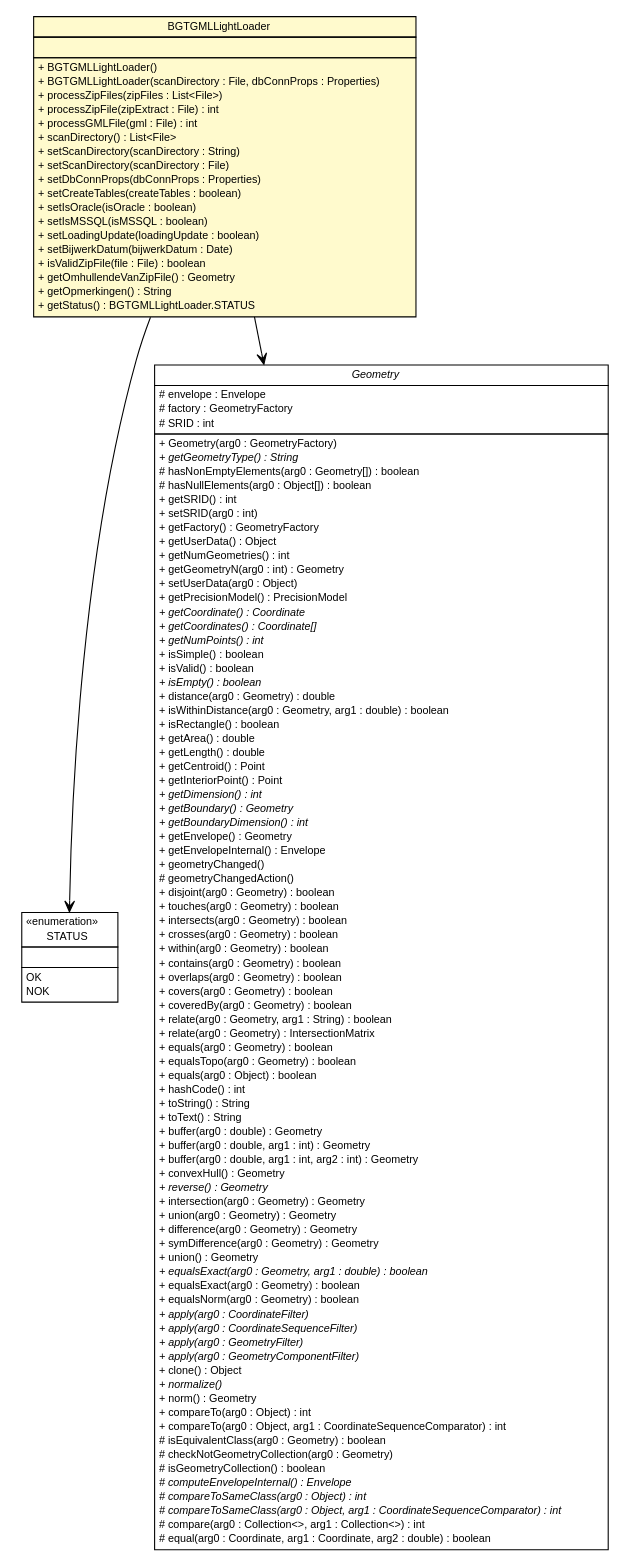
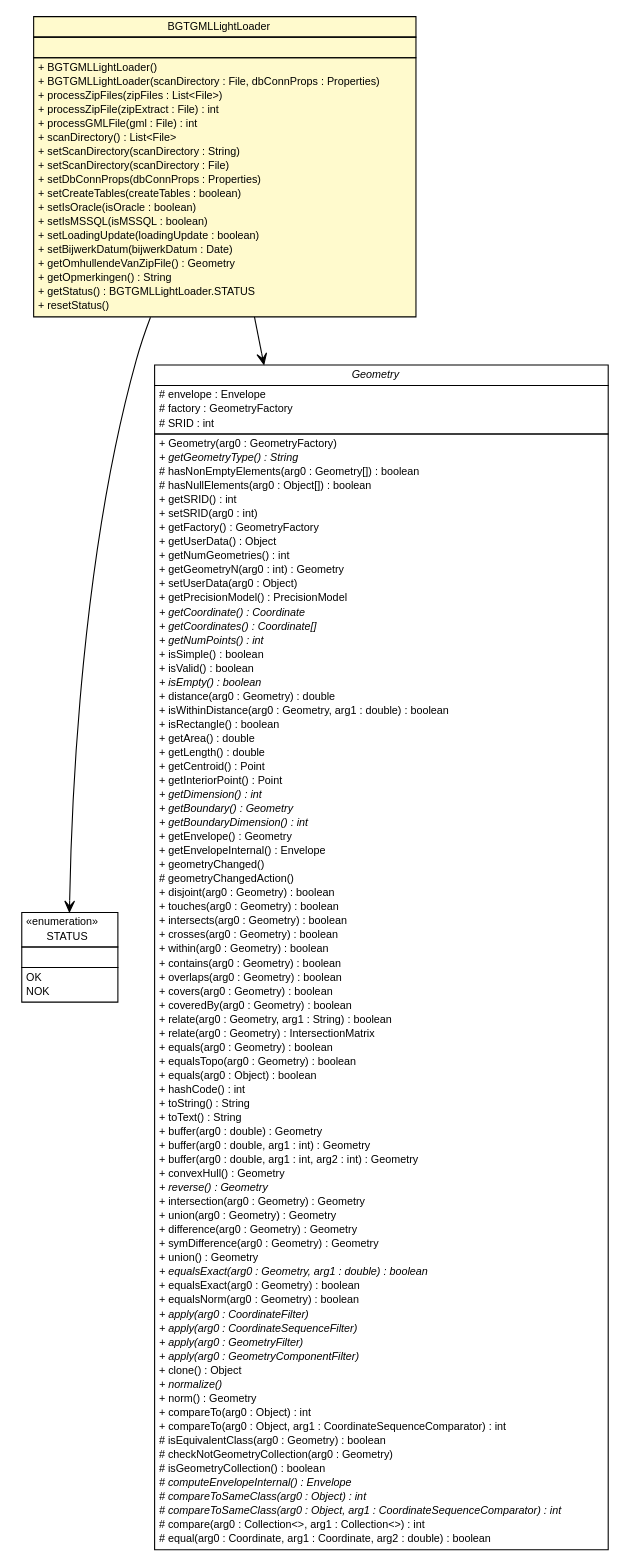
Before and after one commit to B3Partners/brmo: the diagram in bgt-gml-loader/apidocs/nl/b3p/brmo/loader/gml/BGTGMLLightLoader.dot, drawn with Graphviz. The commit also changed 277 other files, not shown here.

```diff
--- a/bgt-gml-loader/apidocs/nl/b3p/brmo/loader/gml/BGTGMLLightLoader.dot
+++ b/bgt-gml-loader/apidocs/nl/b3p/brmo/loader/gml/BGTGMLLightLoader.dot
@@ -1,151 +1,151 @@
 #!/usr/local/bin/dot
 #
 # Class diagram 
 # Generated by UMLGraph version R5_6-24-gf6e263 (http://www.umlgraph.org/)
 #
 
 digraph G {
 	edge [fontname="Helvetica",fontsize=10,labelfontname="Helvetica",labelfontsize=10];
 	node [fontname="Helvetica",fontsize=10,shape=plaintext];
 	nodesep=0.25;
 	ranksep=0.5;
 	// nl.b3p.brmo.loader.gml.BGTGMLLightLoader
-	c177 [label=<<table title="nl.b3p.brmo.loader.gml.BGTGMLLightLoader" border="0" cellborder="1" cellspacing="0" cellpadding="2" port="p" bgcolor="lemonChiffon" href="./BGTGMLLightLoader.html">
+	c127 [label=<<table title="nl.b3p.brmo.loader.gml.BGTGMLLightLoader" border="0" cellborder="1" cellspacing="0" cellpadding="2" port="p" bgcolor="lemonChiffon" href="./BGTGMLLightLoader.html">
 		<tr><td><table border="0" cellspacing="0" cellpadding="1">
 <tr><td align="center" balign="center"> BGTGMLLightLoader </td></tr>
 		</table></td></tr>
 		<tr><td><table border="0" cellspacing="0" cellpadding="1">
 <tr><td align="left" balign="left">  </td></tr>
 		</table></td></tr>
 		<tr><td><table border="0" cellspacing="0" cellpadding="1">
 <tr><td align="left" balign="left"> + BGTGMLLightLoader() </td></tr>
 <tr><td align="left" balign="left"> + BGTGMLLightLoader(scanDirectory : File, dbConnProps : Properties) </td></tr>
 <tr><td align="left" balign="left"> + processZipFiles(zipFiles : List&lt;File&gt;) </td></tr>
 <tr><td align="left" balign="left"> + processZipFile(zipExtract : File) : int </td></tr>
 <tr><td align="left" balign="left"> + processGMLFile(gml : File) : int </td></tr>
 <tr><td align="left" balign="left"> + scanDirectory() : List&lt;File&gt; </td></tr>
 <tr><td align="left" balign="left"> + setScanDirectory(scanDirectory : String) </td></tr>
 <tr><td align="left" balign="left"> + setScanDirectory(scanDirectory : File) </td></tr>
 <tr><td align="left" balign="left"> + setDbConnProps(dbConnProps : Properties) </td></tr>
 <tr><td align="left" balign="left"> + setCreateTables(createTables : boolean) </td></tr>
 <tr><td align="left" balign="left"> + setIsOracle(isOracle : boolean) </td></tr>
 <tr><td align="left" balign="left"> + setIsMSSQL(isMSSQL : boolean) </td></tr>
 <tr><td align="left" balign="left"> + setLoadingUpdate(loadingUpdate : boolean) </td></tr>
 <tr><td align="left" balign="left"> + setBijwerkDatum(bijwerkDatum : Date) </td></tr>
-<tr><td align="left" balign="left"> + isValidZipFile(file : File) : boolean </td></tr>
 <tr><td align="left" balign="left"> + getOmhullendeVanZipFile() : Geometry </td></tr>
 <tr><td align="left" balign="left"> + getOpmerkingen() : String </td></tr>
 <tr><td align="left" balign="left"> + getStatus() : BGTGMLLightLoader.STATUS </td></tr>
+<tr><td align="left" balign="left"> + resetStatus() </td></tr>
 		</table></td></tr>
 		</table>>, URL="./BGTGMLLightLoader.html", fontname="Helvetica", fontcolor="black", fontsize=10.0];
 	// nl.b3p.brmo.loader.gml.BGTGMLLightLoader.STATUS
-	c178 [label=<<table title="nl.b3p.brmo.loader.gml.BGTGMLLightLoader.STATUS" border="0" cellborder="1" cellspacing="0" cellpadding="2" port="p" href="./BGTGMLLightLoader.STATUS.html">
+	c128 [label=<<table title="nl.b3p.brmo.loader.gml.BGTGMLLightLoader.STATUS" border="0" cellborder="1" cellspacing="0" cellpadding="2" port="p" href="./BGTGMLLightLoader.STATUS.html">
 		<tr><td><table border="0" cellspacing="0" cellpadding="1">
 <tr><td align="center" balign="center"> &#171;enumeration&#187; </td></tr>
 <tr><td align="center" balign="center"> STATUS </td></tr>
 		</table></td></tr>
 		<tr><td><table border="0" cellspacing="0" cellpadding="1">
 <tr><td align="left" balign="left">  </td></tr>
 		</table></td></tr>
 		<tr><td><table border="0" cellspacing="0" cellpadding="1">
 <tr><td align="left" balign="left"> OK </td></tr>
 <tr><td align="left" balign="left"> NOK </td></tr>
 		</table></td></tr>
 		</table>>, URL="./BGTGMLLightLoader.STATUS.html", fontname="Helvetica", fontcolor="black", fontsize=10.0];
 	// nl.b3p.brmo.loader.gml.BGTGMLLightLoader NAVASSOC com.vividsolutions.jts.geom.Geometry
-	c177:p -> c257:p [taillabel="", label="", headlabel="", fontname="Helvetica", fontcolor="black", fontsize=10.0, color="black", arrowhead=open];
+	c127:p -> c212:p [taillabel="", label="", headlabel="", fontname="Helvetica", fontcolor="black", fontsize=10.0, color="black", arrowhead=open];
 	// nl.b3p.brmo.loader.gml.BGTGMLLightLoader NAVASSOC nl.b3p.brmo.loader.gml.BGTGMLLightLoader.STATUS
-	c177:p -> c178:p [taillabel="", label="", headlabel="", fontname="Helvetica", fontcolor="black", fontsize=10.0, color="black", arrowhead=open];
+	c127:p -> c128:p [taillabel="", label="", headlabel="", fontname="Helvetica", fontcolor="black", fontsize=10.0, color="black", arrowhead=open];
 	// com.vividsolutions.jts.geom.Geometry
-	c257 [label=<<table title="com.vividsolutions.jts.geom.Geometry" border="0" cellborder="1" cellspacing="0" cellpadding="2" port="p">
+	c212 [label=<<table title="com.vividsolutions.jts.geom.Geometry" border="0" cellborder="1" cellspacing="0" cellpadding="2" port="p">
 		<tr><td><table border="0" cellspacing="0" cellpadding="1">
 <tr><td align="center" balign="center"><font face="Helvetica-Oblique"> Geometry </font></td></tr>
 		</table></td></tr>
 		<tr><td><table border="0" cellspacing="0" cellpadding="1">
 <tr><td align="left" balign="left"> # envelope : Envelope </td></tr>
 <tr><td align="left" balign="left"> # factory : GeometryFactory </td></tr>
 <tr><td align="left" balign="left"> # SRID : int </td></tr>
 		</table></td></tr>
 		<tr><td><table border="0" cellspacing="0" cellpadding="1">
 <tr><td align="left" balign="left"> + Geometry(arg0 : GeometryFactory) </td></tr>
 <tr><td align="left" balign="left"><font face="Helvetica-Oblique" point-size="10.0"> + getGeometryType() : String </font></td></tr>
 <tr><td align="left" balign="left"> # hasNonEmptyElements(arg0 : Geometry[]) : boolean </td></tr>
 <tr><td align="left" balign="left"> # hasNullElements(arg0 : Object[]) : boolean </td></tr>
 <tr><td align="left" balign="left"> + getSRID() : int </td></tr>
 <tr><td align="left" balign="left"> + setSRID(arg0 : int) </td></tr>
 <tr><td align="left" balign="left"> + getFactory() : GeometryFactory </td></tr>
 <tr><td align="left" balign="left"> + getUserData() : Object </td></tr>
 <tr><td align="left" balign="left"> + getNumGeometries() : int </td></tr>
 <tr><td align="left" balign="left"> + getGeometryN(arg0 : int) : Geometry </td></tr>
 <tr><td align="left" balign="left"> + setUserData(arg0 : Object) </td></tr>
 <tr><td align="left" balign="left"> + getPrecisionModel() : PrecisionModel </td></tr>
 <tr><td align="left" balign="left"><font face="Helvetica-Oblique" point-size="10.0"> + getCoordinate() : Coordinate </font></td></tr>
 <tr><td align="left" balign="left"><font face="Helvetica-Oblique" point-size="10.0"> + getCoordinates() : Coordinate[] </font></td></tr>
 <tr><td align="left" balign="left"><font face="Helvetica-Oblique" point-size="10.0"> + getNumPoints() : int </font></td></tr>
 <tr><td align="left" balign="left"> + isSimple() : boolean </td></tr>
 <tr><td align="left" balign="left"> + isValid() : boolean </td></tr>
 <tr><td align="left" balign="left"><font face="Helvetica-Oblique" point-size="10.0"> + isEmpty() : boolean </font></td></tr>
 <tr><td align="left" balign="left"> + distance(arg0 : Geometry) : double </td></tr>
 <tr><td align="left" balign="left"> + isWithinDistance(arg0 : Geometry, arg1 : double) : boolean </td></tr>
 <tr><td align="left" balign="left"> + isRectangle() : boolean </td></tr>
 <tr><td align="left" balign="left"> + getArea() : double </td></tr>
 <tr><td align="left" balign="left"> + getLength() : double </td></tr>
 <tr><td align="left" balign="left"> + getCentroid() : Point </td></tr>
 <tr><td align="left" balign="left"> + getInteriorPoint() : Point </td></tr>
 <tr><td align="left" balign="left"><font face="Helvetica-Oblique" point-size="10.0"> + getDimension() : int </font></td></tr>
 <tr><td align="left" balign="left"><font face="Helvetica-Oblique" point-size="10.0"> + getBoundary() : Geometry </font></td></tr>
 <tr><td align="left" balign="left"><font face="Helvetica-Oblique" point-size="10.0"> + getBoundaryDimension() : int </font></td></tr>
 <tr><td align="left" balign="left"> + getEnvelope() : Geometry </td></tr>
 <tr><td align="left" balign="left"> + getEnvelopeInternal() : Envelope </td></tr>
 <tr><td align="left" balign="left"> + geometryChanged() </td></tr>
 <tr><td align="left" balign="left"> # geometryChangedAction() </td></tr>
 <tr><td align="left" balign="left"> + disjoint(arg0 : Geometry) : boolean </td></tr>
 <tr><td align="left" balign="left"> + touches(arg0 : Geometry) : boolean </td></tr>
 <tr><td align="left" balign="left"> + intersects(arg0 : Geometry) : boolean </td></tr>
 <tr><td align="left" balign="left"> + crosses(arg0 : Geometry) : boolean </td></tr>
 <tr><td align="left" balign="left"> + within(arg0 : Geometry) : boolean </td></tr>
 <tr><td align="left" balign="left"> + contains(arg0 : Geometry) : boolean </td></tr>
 <tr><td align="left" balign="left"> + overlaps(arg0 : Geometry) : boolean </td></tr>
 <tr><td align="left" balign="left"> + covers(arg0 : Geometry) : boolean </td></tr>
 <tr><td align="left" balign="left"> + coveredBy(arg0 : Geometry) : boolean </td></tr>
 <tr><td align="left" balign="left"> + relate(arg0 : Geometry, arg1 : String) : boolean </td></tr>
 <tr><td align="left" balign="left"> + relate(arg0 : Geometry) : IntersectionMatrix </td></tr>
 <tr><td align="left" balign="left"> + equals(arg0 : Geometry) : boolean </td></tr>
 <tr><td align="left" balign="left"> + equalsTopo(arg0 : Geometry) : boolean </td></tr>
 <tr><td align="left" balign="left"> + equals(arg0 : Object) : boolean </td></tr>
 <tr><td align="left" balign="left"> + hashCode() : int </td></tr>
 <tr><td align="left" balign="left"> + toString() : String </td></tr>
 <tr><td align="left" balign="left"> + toText() : String </td></tr>
 <tr><td align="left" balign="left"> + buffer(arg0 : double) : Geometry </td></tr>
 <tr><td align="left" balign="left"> + buffer(arg0 : double, arg1 : int) : Geometry </td></tr>
 <tr><td align="left" balign="left"> + buffer(arg0 : double, arg1 : int, arg2 : int) : Geometry </td></tr>
 <tr><td align="left" balign="left"> + convexHull() : Geometry </td></tr>
 <tr><td align="left" balign="left"><font face="Helvetica-Oblique" point-size="10.0"> + reverse() : Geometry </font></td></tr>
 <tr><td align="left" balign="left"> + intersection(arg0 : Geometry) : Geometry </td></tr>
 <tr><td align="left" balign="left"> + union(arg0 : Geometry) : Geometry </td></tr>
 <tr><td align="left" balign="left"> + difference(arg0 : Geometry) : Geometry </td></tr>
 <tr><td align="left" balign="left"> + symDifference(arg0 : Geometry) : Geometry </td></tr>
 <tr><td align="left" balign="left"> + union() : Geometry </td></tr>
 <tr><td align="left" balign="left"><font face="Helvetica-Oblique" point-size="10.0"> + equalsExact(arg0 : Geometry, arg1 : double) : boolean </font></td></tr>
 <tr><td align="left" balign="left"> + equalsExact(arg0 : Geometry) : boolean </td></tr>
 <tr><td align="left" balign="left"> + equalsNorm(arg0 : Geometry) : boolean </td></tr>
 <tr><td align="left" balign="left"><font face="Helvetica-Oblique" point-size="10.0"> + apply(arg0 : CoordinateFilter) </font></td></tr>
 <tr><td align="left" balign="left"><font face="Helvetica-Oblique" point-size="10.0"> + apply(arg0 : CoordinateSequenceFilter) </font></td></tr>
 <tr><td align="left" balign="left"><font face="Helvetica-Oblique" point-size="10.0"> + apply(arg0 : GeometryFilter) </font></td></tr>
 <tr><td align="left" balign="left"><font face="Helvetica-Oblique" point-size="10.0"> + apply(arg0 : GeometryComponentFilter) </font></td></tr>
 <tr><td align="left" balign="left"> + clone() : Object </td></tr>
 <tr><td align="left" balign="left"><font face="Helvetica-Oblique" point-size="10.0"> + normalize() </font></td></tr>
 <tr><td align="left" balign="left"> + norm() : Geometry </td></tr>
 <tr><td align="left" balign="left"> + compareTo(arg0 : Object) : int </td></tr>
 <tr><td align="left" balign="left"> + compareTo(arg0 : Object, arg1 : CoordinateSequenceComparator) : int </td></tr>
 <tr><td align="left" balign="left"> # isEquivalentClass(arg0 : Geometry) : boolean </td></tr>
 <tr><td align="left" balign="left"> # checkNotGeometryCollection(arg0 : Geometry) </td></tr>
 <tr><td align="left" balign="left"> # isGeometryCollection() : boolean </td></tr>
 <tr><td align="left" balign="left"><font face="Helvetica-Oblique" point-size="10.0"> # computeEnvelopeInternal() : Envelope </font></td></tr>
 <tr><td align="left" balign="left"><font face="Helvetica-Oblique" point-size="10.0"> # compareToSameClass(arg0 : Object) : int </font></td></tr>
 <tr><td align="left" balign="left"><font face="Helvetica-Oblique" point-size="10.0"> # compareToSameClass(arg0 : Object, arg1 : CoordinateSequenceComparator) : int </font></td></tr>
 <tr><td align="left" balign="left"> # compare(arg0 : Collection&lt;&gt;, arg1 : Collection&lt;&gt;) : int </td></tr>
 <tr><td align="left" balign="left"> # equal(arg0 : Coordinate, arg1 : Coordinate, arg2 : double) : boolean </td></tr>
 		</table></td></tr>
 		</table>>, URL="null", fontname="Helvetica", fontcolor="black", fontsize=10.0];
 }
```
